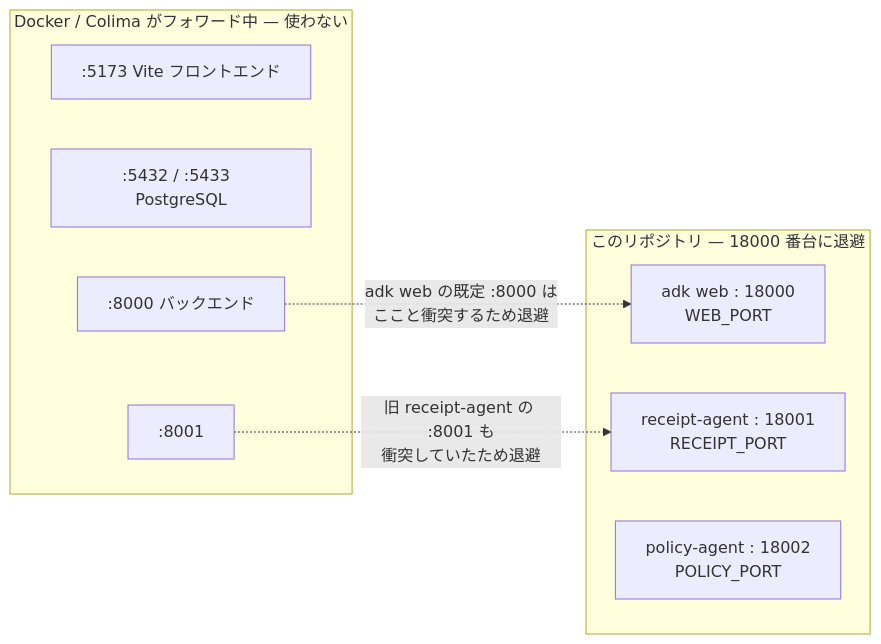
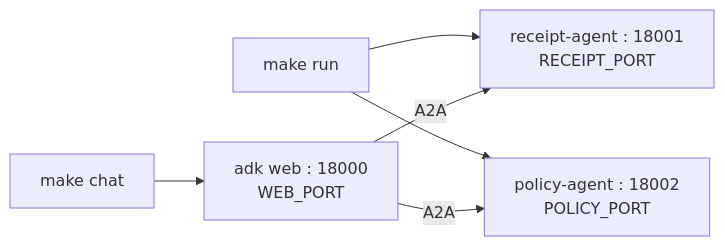
The second of 5 diagrams in README.md (shin5ok/adk-agent-governance-sample), drawn with Mermaid before and after one commit. The commit also changed other lines of this file and 2 other files, not shown here.

Commit message:
docs: ドキュメントから無関係なポート番号を削除
README のポート配置図が、このリポジトリと関係のないローカルプロセスの
ポート番号を列挙していた。読者の環境には存在しない情報だし、手元の構成が
変われば嘘になる。図はこのリポジトリが listen する3つ（18000 / 18001 /
18002）と、それを起動する make ターゲットだけを描くようにした。

同じ列挙が押さえどころ・トラブルシュート表・CLAUDE.md・Makefile の
コメントにもあったので揃えて落とし、「他のアプリと衝突しにくい 18000 番台に
寄せてある」という理由の説明だけを残した。

````diff
--- a/README.md
+++ b/README.md
@@ -44,16 +44,8 @@
 ```mermaid
 flowchart LR
-    subgraph docker["Docker / Colima がフォワード中 — 使わない"]
-        D1[":5173  Vite フロントエンド"]
-        D2[":5432 / :5433  PostgreSQL"]
-        D3[":8000  バックエンド"]
-        D4[":8001"]
-    end
-    subgraph proj["このリポジトリ — 18000 番台に退避"]
-        W["adk web : 18000<br/>WEB_PORT"]
-        R["receipt-agent : 18001<br/>RECEIPT_PORT"]
-        P["policy-agent : 18002<br/>POLICY_PORT"]
-    end
-    D3 -.->|"adk web の既定 :8000 は<br/>ここと衝突するため退避"| W
-    D4 -.->|"旧 receipt-agent の :8001 も<br/>衝突していたため退避"| R
+    C["make chat"] --> W["adk web : 18000<br/>WEB_PORT"]
+    RUN["make run"] --> R["receipt-agent : 18001<br/>RECEIPT_PORT"]
+    RUN --> P["policy-agent : 18002<br/>POLICY_PORT"]
+    W -->|"A2A"| R
+    W -->|"A2A"| P
 ```
````
